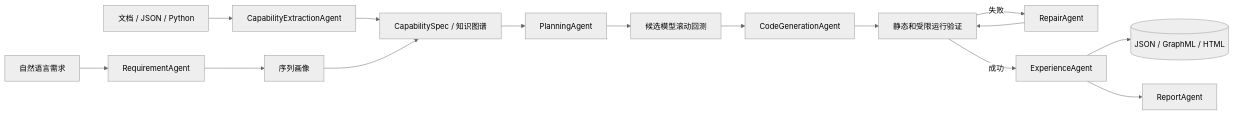
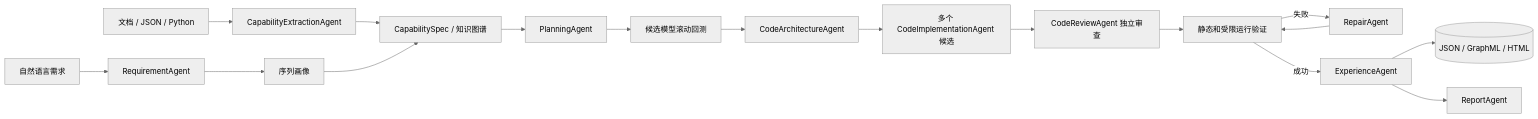
The diagram in README.md (Charlie-learner/inventory-forecast-factory), drawn with Mermaid (neutral theme) before and after one commit. The commit also changed other lines of this file and 210 other files, not shown here.

````diff
--- a/README.md
+++ b/README.md
@@ -21,17 +21,19 @@
 ```mermaid
 flowchart LR
     S[文档 / JSON / Python] --> X[CapabilityExtractionAgent]
     X --> K[CapabilitySpec / 知识图谱]
     U[自然语言需求] --> R[RequirementAgent]
     R --> P[序列画像]
     P --> K
     K --> L[PlanningAgent]
     L --> B[候选模型滚动回测]
-    B --> C[CodeGenerationAgent]
-    C --> V[静态和受限运行验证]
+    B --> A[CodeArchitectureAgent]
+    A --> C[多个 CodeImplementationAgent 候选]
+    C --> Q[CodeReviewAgent 独立审查]
+    Q --> V[静态和受限运行验证]
     V -->|失败| F[RepairAgent]
     F --> V
     V -->|成功| E[ExperienceAgent]
     E --> G[(JSON / GraphML / HTML)]
     E --> O[ReportAgent]
 ```
````
